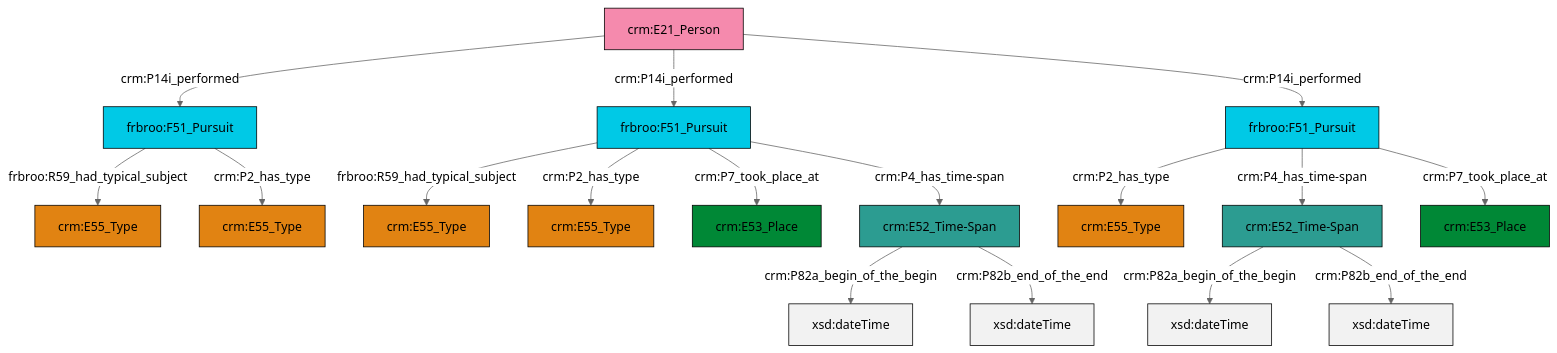
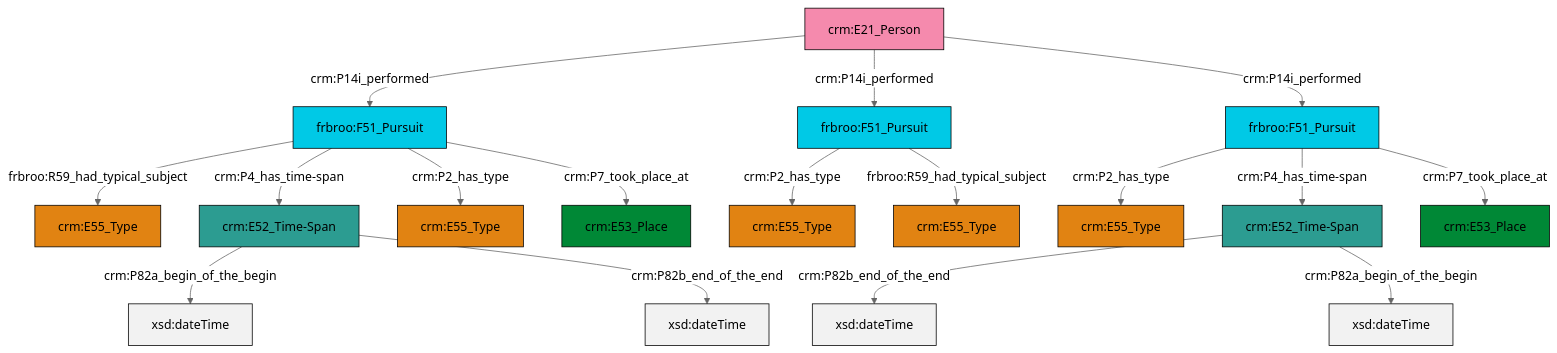
One commit to swiss-art-research-net/reference-data-models changed the diagram in et/personCSV/ttl/mmd/Person_Event.ttl.mmd. Above: the diagram before and after it, drawn with Mermaid (neutral theme). The commit also changed 122 other files, not shown here.

```diff
--- a/et/personCSV/ttl/mmd/Person_Event.ttl.mmd
+++ b/et/personCSV/ttl/mmd/Person_Event.ttl.mmd
@@ -1,31 +1,31 @@
 graph TD
 classDef Literal fill:#f2f2f2,stroke:#000000;
 classDef CRM_Entity fill:#FFFFFF,stroke:#000000;
 classDef Temporal_Entity fill:#00C9E6, stroke:#000000;
 classDef Type fill:#E18312, stroke:#000000;
 classDef Time-Span fill:#2C9C91, stroke:#000000;
 classDef Appellation fill:#FFEB7F, stroke:#000000;
 classDef Place fill:#008836, stroke:#000000;
 classDef Persistent_Item fill:#B266B2, stroke:#000000;
 classDef Conceptual_Object fill:#FFD700, stroke:#000000;
 classDef Physical_Thing fill:#D2B48C, stroke:#000000;
 classDef Actor fill:#f58aad, stroke:#000000;
 classDef PC_Classes fill:#4ce600, stroke:#000000;
 classDef Multi fill:#cccccc,stroke:#000000;
 
-2["frbroo:F51_Pursuit"]:::Temporal_Entity -->|crm:P2_has_type| 0["crm:E55_Type"]:::Type
-5["crm:E52_Time-Span"]:::Time-Span -->|crm:P82a_begin_of_the_begin| 6[xsd:dateTime]:::Literal
-8["crm:E21_Person"]:::Actor -->|crm:P14i_performed| 9["frbroo:F51_Pursuit"]:::Temporal_Entity
-10["crm:E52_Time-Span"]:::Time-Span -->|crm:P82a_begin_of_the_begin| 11[xsd:dateTime]:::Literal
-10["crm:E52_Time-Span"]:::Time-Span -->|crm:P82b_end_of_the_end| 15[xsd:dateTime]:::Literal
-17["frbroo:F51_Pursuit"]:::Temporal_Entity -->|frbroo:R59_had_typical_subject| 3["crm:E55_Type"]:::Type
-2["frbroo:F51_Pursuit"]:::Temporal_Entity -->|crm:P4_has_time-span| 5["crm:E52_Time-Span"]:::Time-Span
-17["frbroo:F51_Pursuit"]:::Temporal_Entity -->|crm:P2_has_type| 12["crm:E55_Type"]:::Type
-5["crm:E52_Time-Span"]:::Time-Span -->|crm:P82b_end_of_the_end| 18[xsd:dateTime]:::Literal
-8["crm:E21_Person"]:::Actor -->|crm:P14i_performed| 17["frbroo:F51_Pursuit"]:::Temporal_Entity
-9["frbroo:F51_Pursuit"]:::Temporal_Entity -->|frbroo:R59_had_typical_subject| 25["crm:E55_Type"]:::Type
-17["frbroo:F51_Pursuit"]:::Temporal_Entity -->|crm:P7_took_place_at| 22["crm:E53_Place"]:::Place
-8["crm:E21_Person"]:::Actor -->|crm:P14i_performed| 2["frbroo:F51_Pursuit"]:::Temporal_Entity
-17["frbroo:F51_Pursuit"]:::Temporal_Entity -->|crm:P4_has_time-span| 10["crm:E52_Time-Span"]:::Time-Span
-9["frbroo:F51_Pursuit"]:::Temporal_Entity -->|crm:P2_has_type| 28["crm:E55_Type"]:::Type
-2["frbroo:F51_Pursuit"]:::Temporal_Entity -->|crm:P7_took_place_at| 20["crm:E53_Place"]:::Place
+0["frbroo:F51_Pursuit"]:::Temporal_Entity -->|crm:P2_has_type| 1["crm:E55_Type"]:::Type
+3["frbroo:F51_Pursuit"]:::Temporal_Entity -->|crm:P2_has_type| 4["crm:E55_Type"]:::Type
+3["frbroo:F51_Pursuit"]:::Temporal_Entity -->|crm:P4_has_time-span| 9["crm:E52_Time-Span"]:::Time-Span
+9["crm:E52_Time-Span"]:::Time-Span -->|crm:P82b_end_of_the_end| 12[xsd:dateTime]:::Literal
+15["crm:E21_Person"]:::Actor -->|crm:P14i_performed| 7["frbroo:F51_Pursuit"]:::Temporal_Entity
+15["crm:E21_Person"]:::Actor -->|crm:P14i_performed| 0["frbroo:F51_Pursuit"]:::Temporal_Entity
+7["frbroo:F51_Pursuit"]:::Temporal_Entity -->|frbroo:R59_had_typical_subject| 10["crm:E55_Type"]:::Type
+0["frbroo:F51_Pursuit"]:::Temporal_Entity -->|frbroo:R59_had_typical_subject| 18["crm:E55_Type"]:::Type
+25["crm:E52_Time-Span"]:::Time-Span -->|crm:P82a_begin_of_the_begin| 26[xsd:dateTime]:::Literal
+25["crm:E52_Time-Span"]:::Time-Span -->|crm:P82b_end_of_the_end| 28[xsd:dateTime]:::Literal
+7["frbroo:F51_Pursuit"]:::Temporal_Entity -->|crm:P4_has_time-span| 25["crm:E52_Time-Span"]:::Time-Span
+15["crm:E21_Person"]:::Actor -->|crm:P14i_performed| 3["frbroo:F51_Pursuit"]:::Temporal_Entity
+3["frbroo:F51_Pursuit"]:::Temporal_Entity -->|crm:P7_took_place_at| 22["crm:E53_Place"]:::Place
+7["frbroo:F51_Pursuit"]:::Temporal_Entity -->|crm:P2_has_type| 5["crm:E55_Type"]:::Type
+7["frbroo:F51_Pursuit"]:::Temporal_Entity -->|crm:P7_took_place_at| 19["crm:E53_Place"]:::Place
+9["crm:E52_Time-Span"]:::Time-Span -->|crm:P82a_begin_of_the_begin| 32[xsd:dateTime]:::Literal
```
